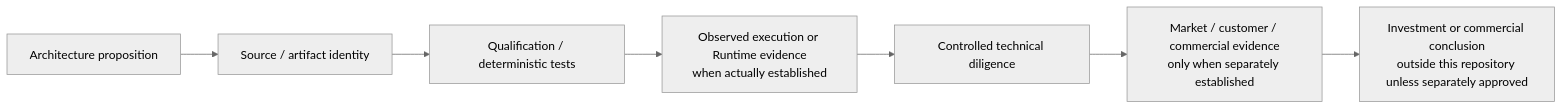
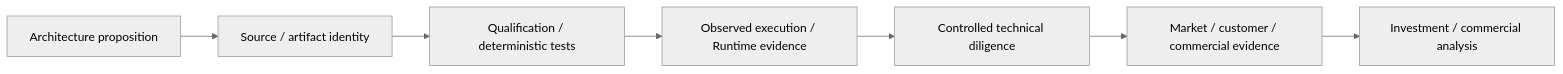
Before and after one commit to EHCOnomics-Systems/EHCOsystem: the fourth of 4 diagrams in architecture/diagrams/README.md, drawn with Mermaid (neutral theme). The commit also changed other lines of this file and 34 other files, not shown here.

````diff
--- a/architecture/diagrams/README.md
+++ b/architecture/diagrams/README.md
@@ -126,12 +111,12 @@
 ```mermaid
 flowchart LR
     A[Architecture proposition]
     B[Source / artifact identity]
     C[Qualification / deterministic tests]
-    D[Observed execution or Runtime evidence<br/>when actually established]
+    D[Observed execution / Runtime evidence]
     E[Controlled technical diligence]
-    F[Market / customer / commercial evidence<br/>only when separately established]
-    G[Investment or commercial conclusion<br/>outside this repository unless separately approved]
+    F[Market / customer / commercial evidence]
+    G[Investment / commercial analysis]
 
     A --> B --> C --> D --> E --> F --> G
 ```
````
